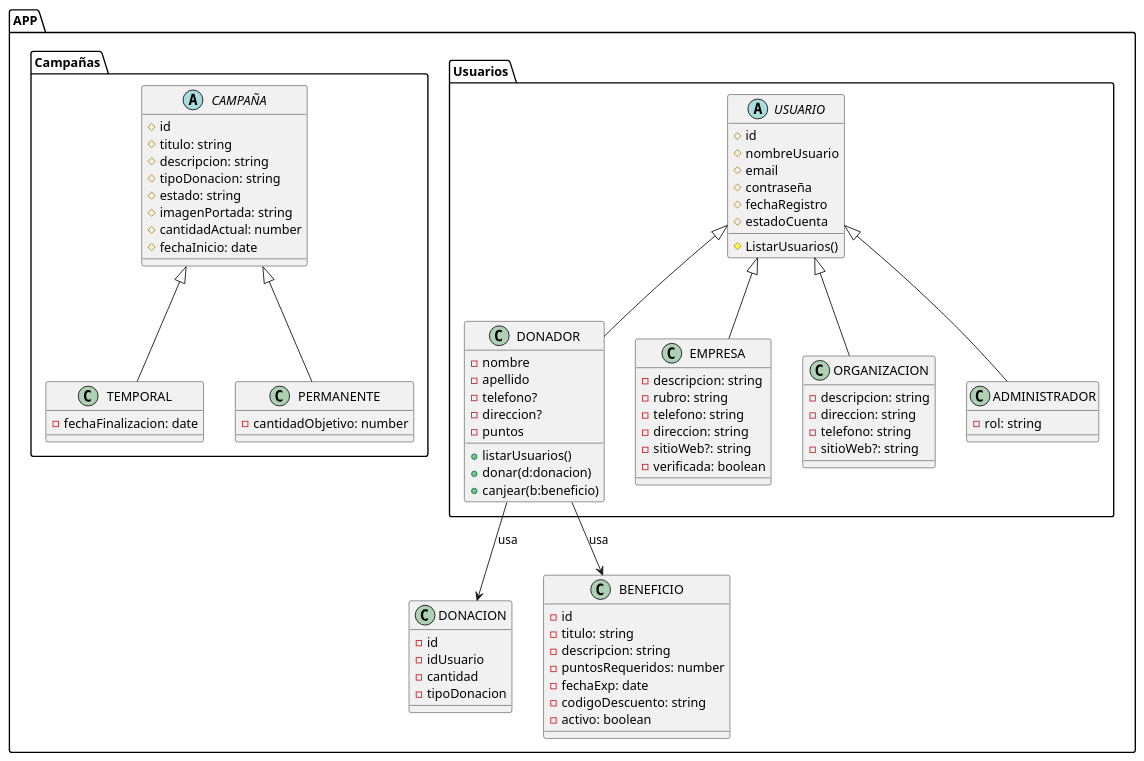
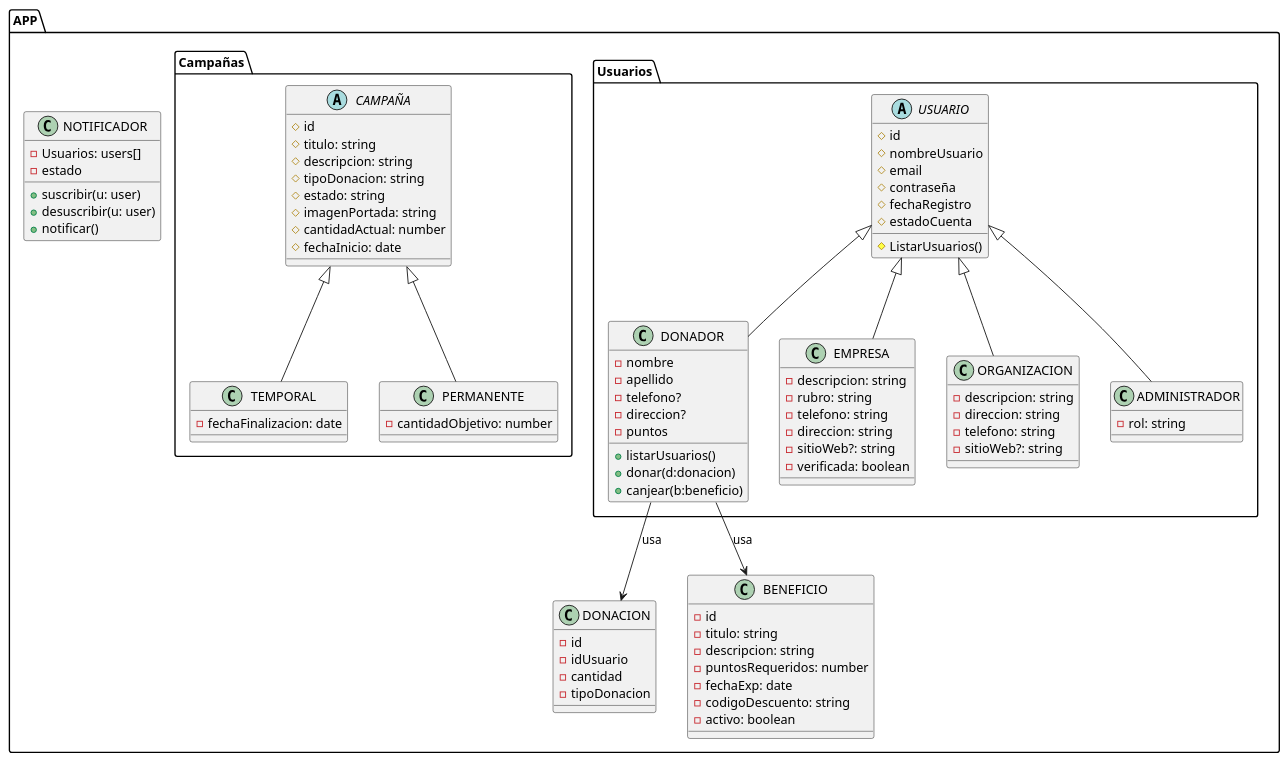
Before and after one commit to LucasFrey-tech/SolidApp: the diagram in Documentación/Diagrama de Clases/SOLID.puml, drawn with PlantUML.

Commit message:
docs: Clase Notificador

```diff
--- a/Documentación/Diagrama de Clases/SOLID.puml
+++ b/Documentación/Diagrama de Clases/SOLID.puml
@@ -1,107 +1,116 @@
 @startuml SOLID
 
 package APP {
     package Usuarios {
         abstract class USUARIO{
             #id
             #nombreUsuario
             #email
             #contraseña
             #fechaRegistro
             #estadoCuenta
             # ListarUsuarios()
         }
 
         class DONADOR {
             -nombre
             -apellido
             -telefono?
             -direccion?
             -puntos
 
             +listarUsuarios()
             +donar(d:donacion)
             +canjear(b:beneficio)
         }
 
         class EMPRESA {
             -descripcion: string
             -rubro: string
             -telefono: string
             -direccion: string
             -sitioWeb?: string
             -verificada: boolean
 
         }
 
         class ORGANIZACION {
             -descripcion: string
             -direccion: string
             -telefono: string
             -sitioWeb?: string
 
         }
 
         class ADMINISTRADOR {
             -rol: string
         }
 
     }
 
     package Campañas {
 
         abstract class CAMPAÑA {
             #id
             #titulo: string
             #descripcion: string
             #tipoDonacion: string
             #estado: string
             #imagenPortada: string
             #cantidadActual: number
             #fechaInicio: date
         }
 
         class TEMPORAL {
             -fechaFinalizacion: date    
         }
 
         class PERMANENTE {
             -cantidadObjetivo: number
         }
 
     }
 
     class DONACION {
         -id
         -idUsuario
         -cantidad
         -tipoDonacion
     }
 
     class BENEFICIO {
         -id
         -titulo: string
         -descripcion: string
         -puntosRequeridos: number
         -fechaExp: date
         -codigoDescuento: string
         -activo: boolean
     }
 
+    class NOTIFICADOR {
+        -Usuarios: users[]
+        -estado
+
+        +suscribir(u: user)
+        +desuscribir(u: user)
+        +notificar()
+    }
+
 }
 
 
 
 DONADOR -U-|> USUARIO
 ORGANIZACION -U-|> USUARIO
 EMPRESA -U-|> USUARIO
 ADMINISTRADOR -U-|> USUARIO
 
 PERMANENTE -UP-|> CAMPAÑA
 TEMPORAL -UP-|> CAMPAÑA
 
 DONADOR --> DONACION: usa
 DONADOR --> BENEFICIO: usa
 
 
 @enduml
```
